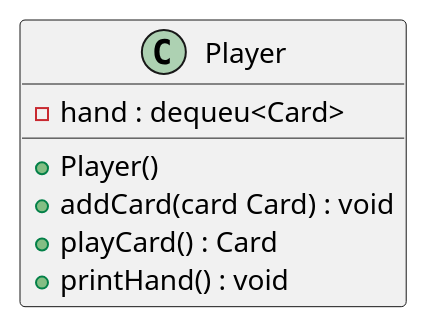
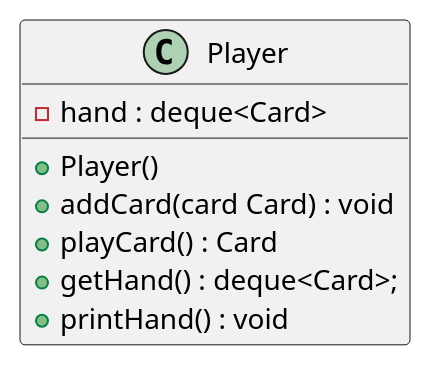
The third of 3 diagrams in canasta.puml (aaron-arnason-1988/Canasta-Hand-And-Foot), drawn with PlantUML before and after one commit. The commit also changed 10 other files, not shown here.

```diff
--- a/canasta.puml
+++ b/canasta.puml
@@ -26,11 +26,12 @@
 @startuml
 
 class Player {
  + Player()
  + addCard(card Card) : void
  + playCard() : Card
+ + getHand() : deque<Card>;
  + printHand() : void
- - hand : dequeu<Card>
+ - hand : deque<Card>
 }
 
 @enduml
```
